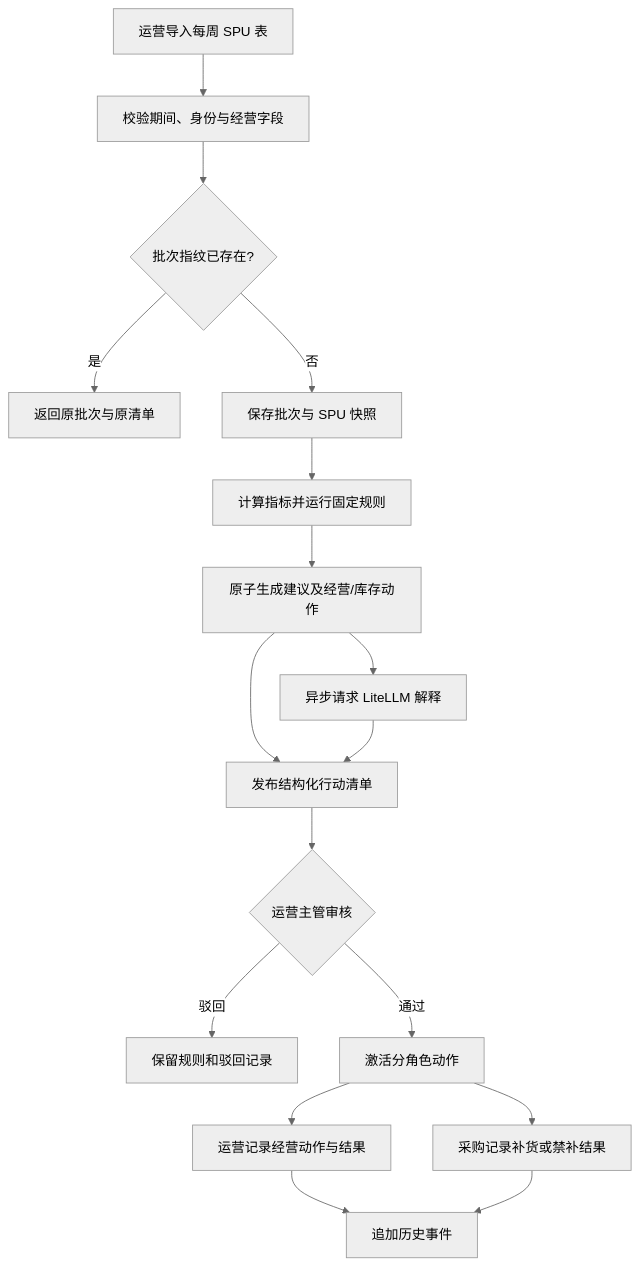
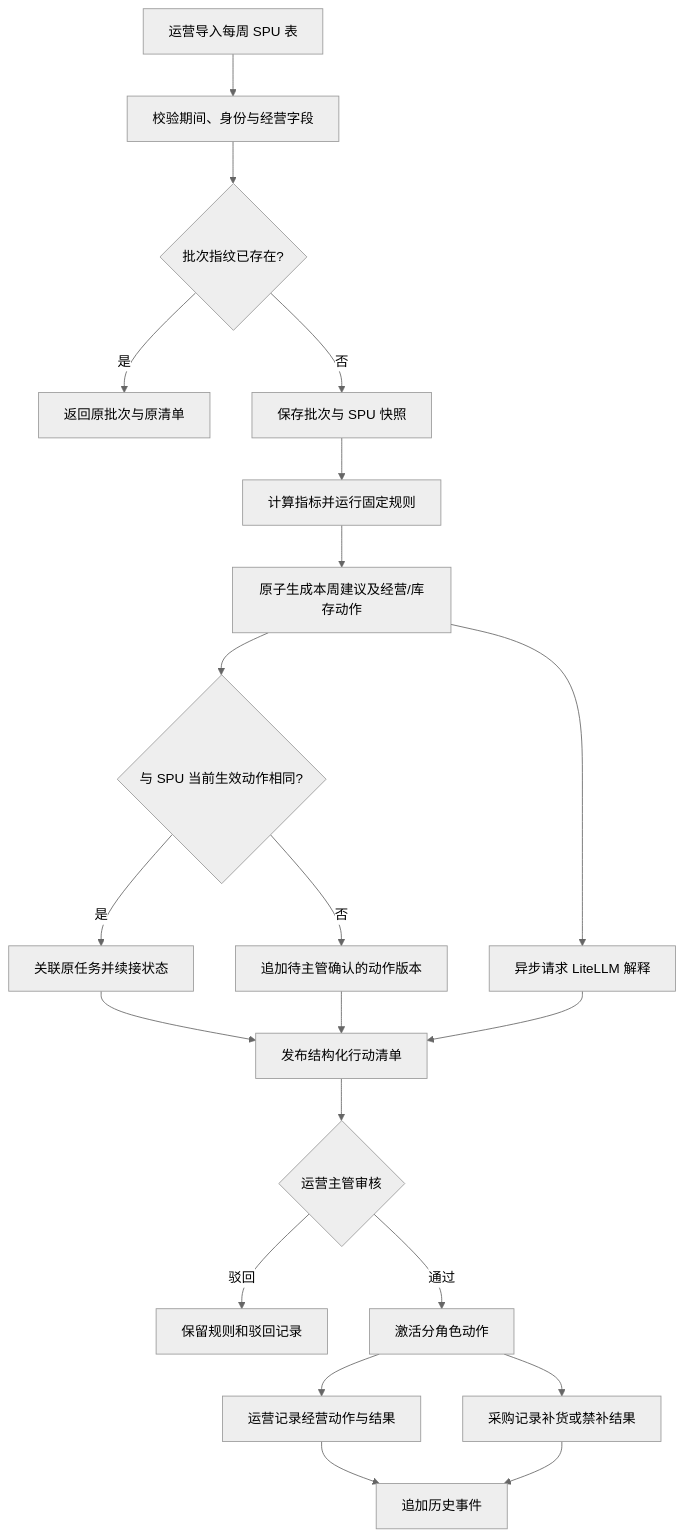
The diagram in 趣然AI商品经营利润决策助手/output/PRD-dev.md (johnsonsmilequran/profit-decision-engine), drawn with Mermaid (neutral theme) before and after one commit. The commit also changed other lines of this file and 16 other files, not shown here.

````diff
--- a/趣然AI商品经营利润决策助手/output/PRD-dev.md
+++ b/趣然AI商品经营利润决策助手/output/PRD-dev.md
@@ -107,19 +109,23 @@
 ```mermaid
 flowchart TD
     A[运营导入每周 SPU 表] --> B[校验期间、身份与经营字段]
     B --> C{批次指纹已存在?}
     C -- 是 --> D[返回原批次与原清单]
     C -- 否 --> E[保存批次与 SPU 快照]
     E --> F[计算指标并运行固定规则]
-    F --> G[原子生成建议及经营/库存动作]
-    G --> H[发布结构化行动清单]
+    F --> G[原子生成本周建议及经营/库存动作]
+    G --> G1{与 SPU 当前生效动作相同?}
+    G1 -- 是 --> G2[关联原任务并续接状态]
+    G1 -- 否 --> G3[追加待主管确认的动作版本]
+    G2 --> H[发布结构化行动清单]
+    G3 --> H
     G --> I[异步请求 LiteLLM 解释]
     I --> H
     H --> J{运营主管审核}
     J -- 驳回 --> K[保留规则和驳回记录]
     J -- 通过 --> L[激活分角色动作]
     L --> M[运营记录经营动作与结果]
     L --> N[采购记录补货或禁补结果]
     M --> O[追加历史事件]
     N --> O
 ```
````
